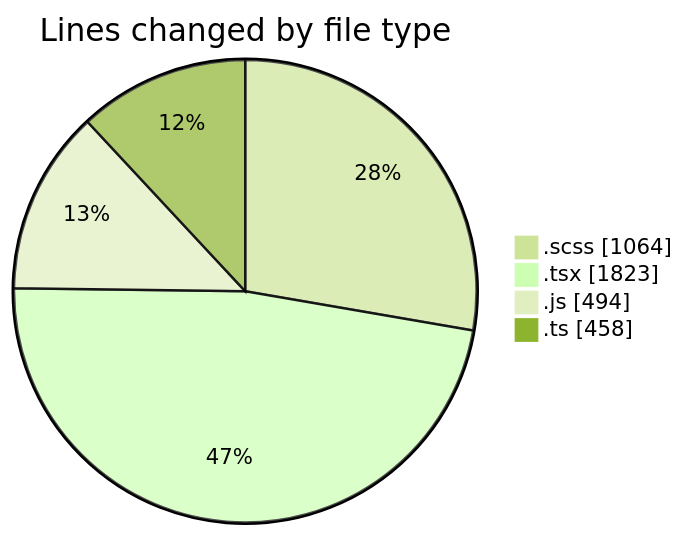
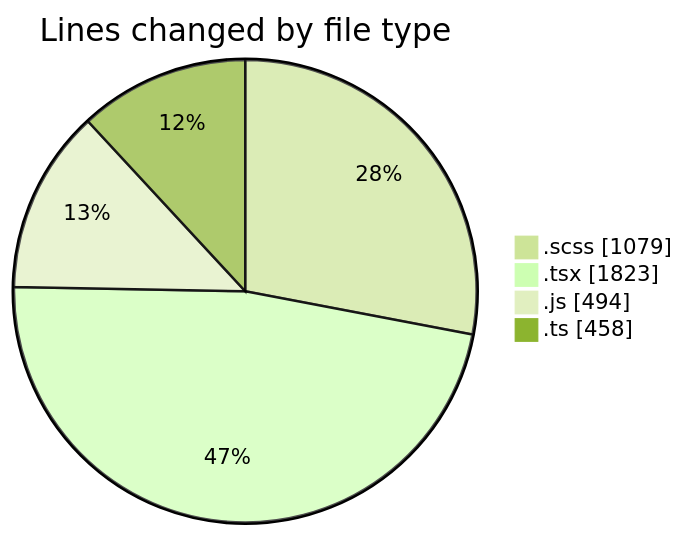
One commit to momahboobian/code-tracking changed the first of 2 diagrams in 2025-03-14/cda/README.md. Above: the diagram before and after it, drawn with Mermaid (forest theme). The commit also changed other lines of this file and 1 other file, not shown here.

````diff
--- a/2025-03-14/cda/README.md
+++ b/2025-03-14/cda/README.md
@@ -40,8 +41,8 @@
 ```mermaid
 pie showData
 title Lines changed by file type
-".scss" : 1064
+".scss" : 1079
 ".tsx" : 1823
 ".js" : 494
 ".ts" : 458
 ```
````
